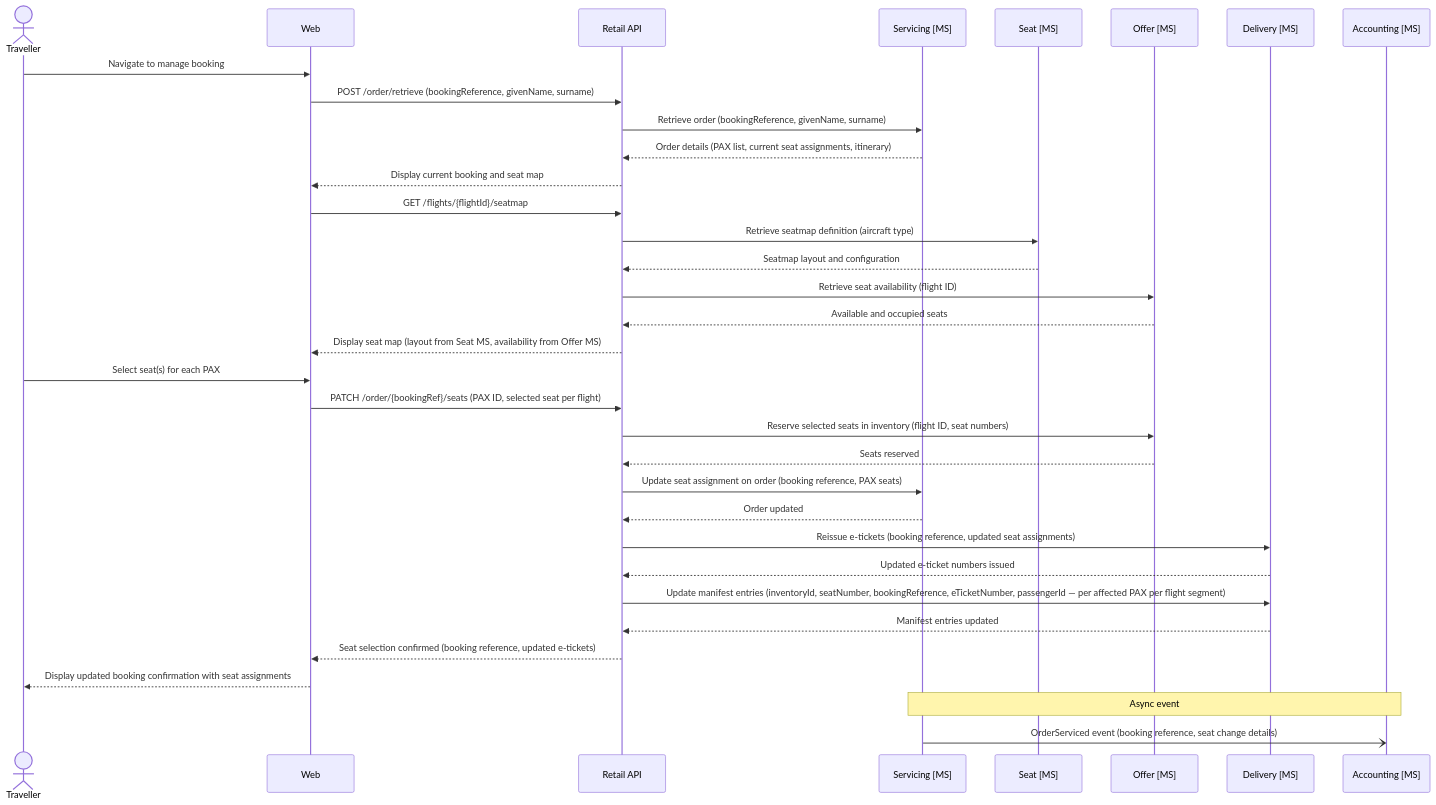
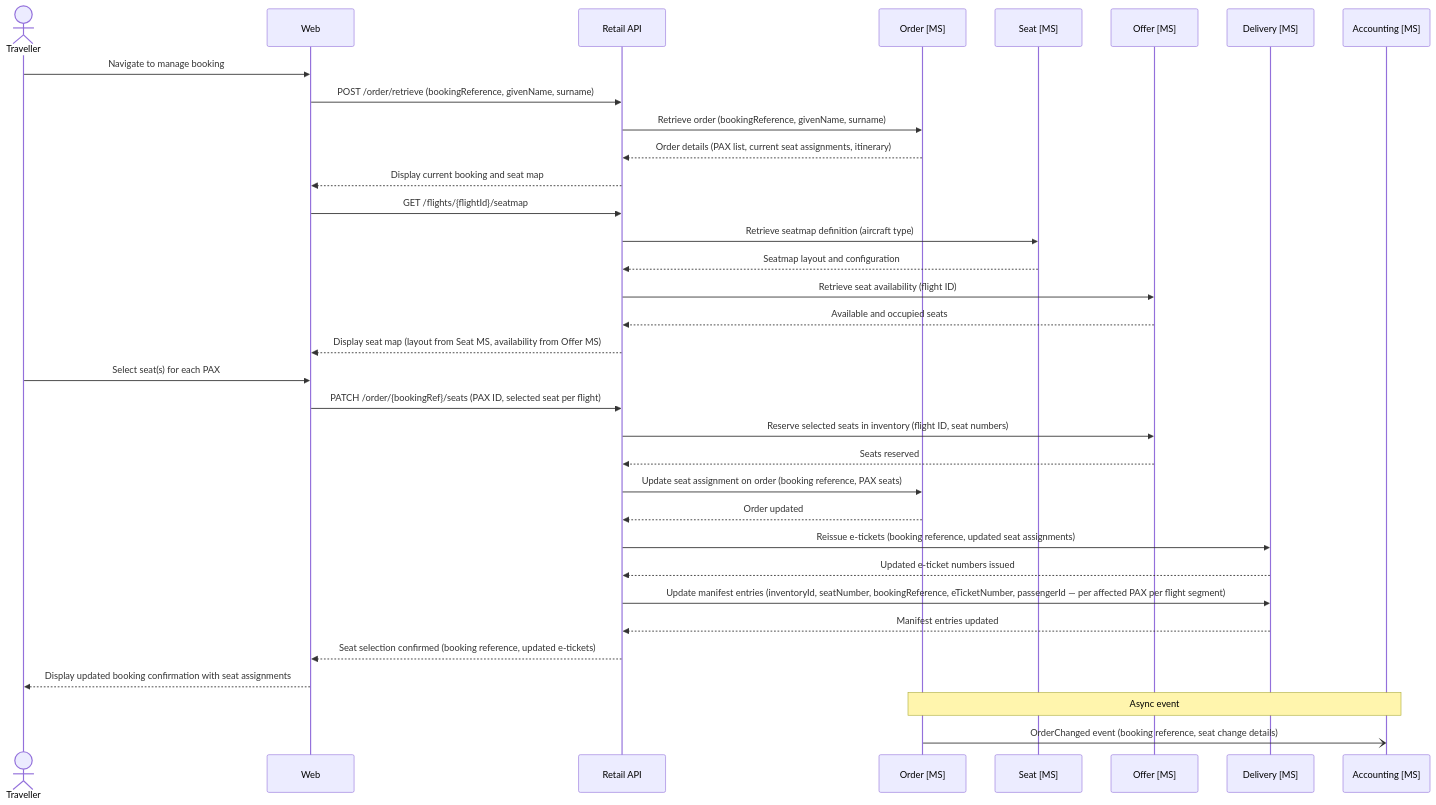
One commit to sebharvey/airline-reservation-system changed the fifth of 7 diagrams in architecture/design.md. Above: the diagram before and after it, drawn with Mermaid. The commit also changed other lines of this file, not shown here.

First line of the commit message:
Revise Order concept and remove Servicing service

````diff
--- a/architecture/design.md
+++ b/architecture/design.md
@@ -542,47 +534,47 @@
 ```mermaid
 sequenceDiagram
     actor Traveller
     participant Web
     participant RetailAPI as Retail API
-    participant ServicingMS as Servicing [MS]
+    participant OrderMS as Order [MS]
     participant SeatMS as Seat [MS]
     participant OfferMS as Offer [MS]
     participant DeliveryMS as Delivery [MS]
     participant AccountingMS as Accounting [MS]
 
     Traveller->>Web: Navigate to manage booking
 
     Web->>RetailAPI: POST /order/retrieve (bookingReference, givenName, surname)
-    RetailAPI->>ServicingMS: Retrieve order (bookingReference, givenName, surname)
-    ServicingMS-->>RetailAPI: Order details (PAX list, current seat assignments, itinerary)
+    RetailAPI->>OrderMS: Retrieve order (bookingReference, givenName, surname)
+    OrderMS-->>RetailAPI: Order details (PAX list, current seat assignments, itinerary)
     RetailAPI-->>Web: Display current booking and seat map
 
     Web->>RetailAPI: GET /flights/{flightId}/seatmap
     RetailAPI->>SeatMS: Retrieve seatmap definition (aircraft type)
     SeatMS-->>RetailAPI: Seatmap layout and configuration
     RetailAPI->>OfferMS: Retrieve seat availability (flight ID)
     OfferMS-->>RetailAPI: Available and occupied seats
     RetailAPI-->>Web: Display seat map (layout from Seat MS, availability from Offer MS)
 
     Traveller->>Web: Select seat(s) for each PAX
 
     Web->>RetailAPI: PATCH /order/{bookingRef}/seats (PAX ID, selected seat per flight)
 
     RetailAPI->>OfferMS: Reserve selected seats in inventory (flight ID, seat numbers)
     OfferMS-->>RetailAPI: Seats reserved
 
-    RetailAPI->>ServicingMS: Update seat assignment on order (booking reference, PAX seats)
-    ServicingMS-->>RetailAPI: Order updated
+    RetailAPI->>OrderMS: Update seat assignment on order (booking reference, PAX seats)
+    OrderMS-->>RetailAPI: Order updated
 
     RetailAPI->>DeliveryMS: Reissue e-tickets (booking reference, updated seat assignments)
     DeliveryMS-->>RetailAPI: Updated e-ticket numbers issued
 
     RetailAPI->>DeliveryMS: Update manifest entries (inventoryId, seatNumber, bookingReference, eTicketNumber, passengerId — per affected PAX per flight segment)
     DeliveryMS-->>RetailAPI: Manifest entries updated
 
     RetailAPI-->>Web: Seat selection confirmed (booking reference, updated e-tickets)
     Web-->>Traveller: Display updated booking confirmation with seat assignments
 
-    Note over ServicingMS, AccountingMS: Async event
-    ServicingMS-)AccountingMS: OrderServiced event (booking reference, seat change details)
+    Note over OrderMS, AccountingMS: Async event
+    OrderMS-)AccountingMS: OrderChanged event (booking reference, seat change details)
 ```
````
